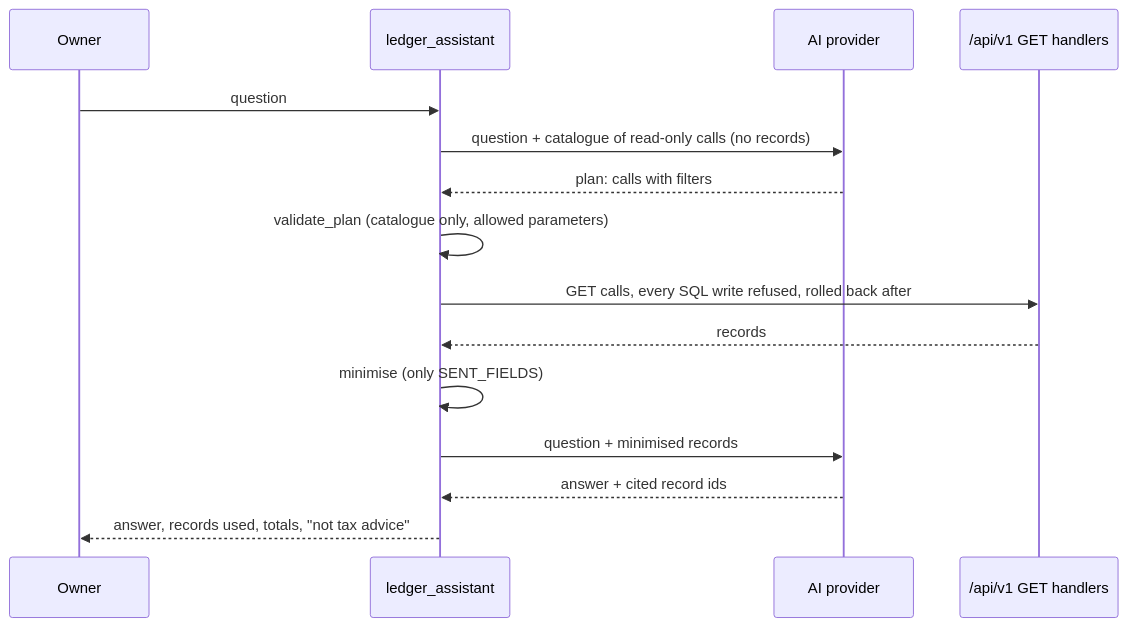
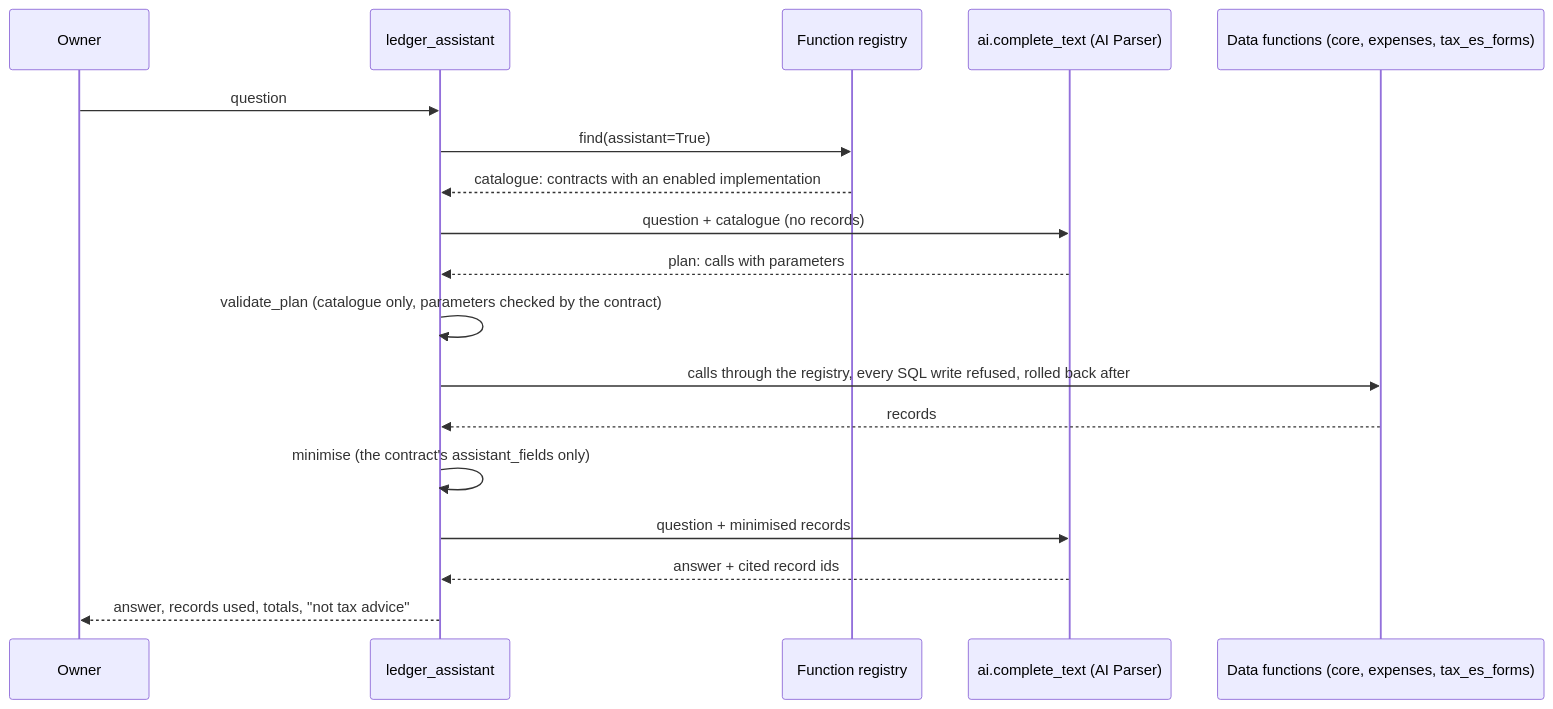
Before and after one commit to mborchuk/ContaAutonomo: the diagram in modules/ledger_assistant/README.md, drawn with Mermaid. The commit also changed other lines of this file and 19 other files, not shown here.

First line of the commit message:
feat: AI Parser, Expenses, Tax Forms and Ledger Assistant on the registry

````diff
--- a/modules/ledger_assistant/README.md
+++ b/modules/ledger_assistant/README.md
@@ -10,17 +15,20 @@
 ```mermaid
 sequenceDiagram
     participant U as Owner
     participant A as ledger_assistant
-    participant P as AI provider
-    participant API as /api/v1 GET handlers
+    participant R as Function registry
+    participant T as ai.complete_text (AI Parser)
+    participant D as Data functions (core, expenses, tax_es_forms)
     U->>A: question
-    A->>P: question + catalogue of read-only calls (no records)
-    P-->>A: plan: calls with filters
-    A->>A: validate_plan (catalogue only, allowed parameters)
-    A->>API: GET calls, every SQL write refused, rolled back after
-    API-->>A: records
-    A->>A: minimise (only SENT_FIELDS)
-    A->>P: question + minimised records
-    P-->>A: answer + cited record ids
+    A->>R: find(assistant=True)
+    R-->>A: catalogue: contracts with an enabled implementation
+    A->>T: question + catalogue (no records)
+    T-->>A: plan: calls with parameters
+    A->>A: validate_plan (catalogue only, parameters checked by the contract)
+    A->>D: calls through the registry, every SQL write refused, rolled back after
+    D-->>A: records
+    A->>A: minimise (the contract's assistant_fields only)
+    A->>T: question + minimised records
+    T-->>A: answer + cited record ids
     A-->>U: answer, records used, totals, "not tax advice"
 ```
````
